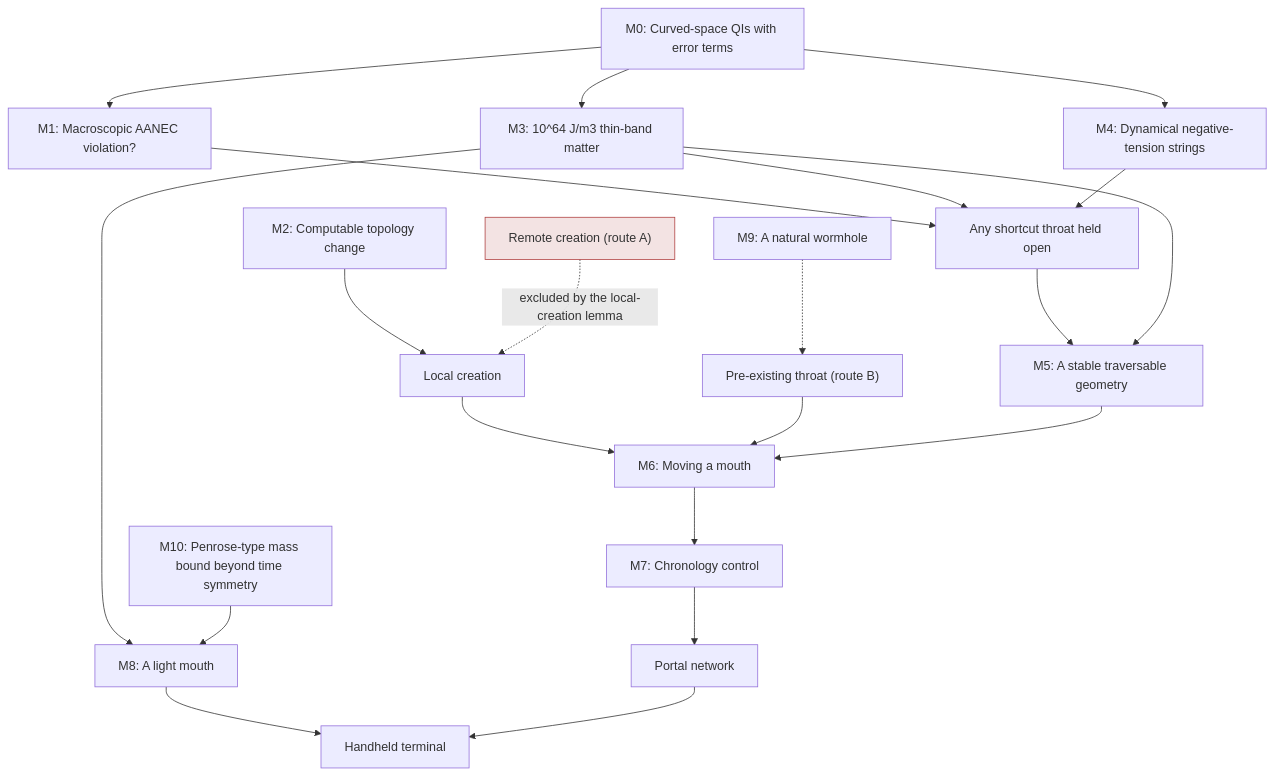
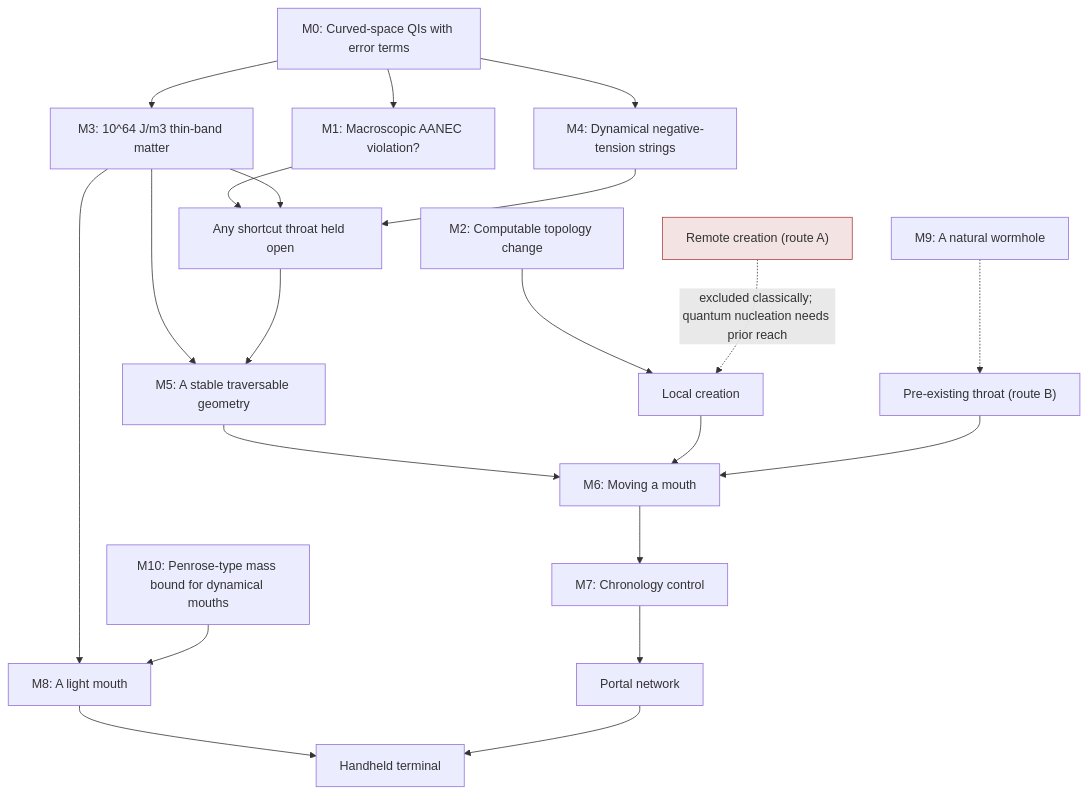
The diagram in research/portal-gun/phase2/report/D6-milestone-programme.md (JustAdev742/codespace), drawn with Mermaid before and after one commit. The commit also changed other lines of this file and 11 other files, not shown here.

````diff
--- a/research/portal-gun/phase2/report/D6-milestone-programme.md
+++ b/research/portal-gun/phase2/report/D6-milestone-programme.md
@@ -10,36 +10,36 @@
 ```mermaid
 flowchart TD
   M0["M0: Curved-space QIs with error terms"]
   M1["M1: Macroscopic AANEC violation?"]
   M2["M2: Computable topology change"]
   M3["M3: 10^64 J/m3 thin-band matter"]
   M4["M4: Dynamical negative-tension strings"]
   M5["M5: A stable traversable geometry"]
   M6["M6: Moving a mouth"]
   M7["M7: Chronology control"]
   M8["M8: A light mouth"]
   M9["M9: A natural wormhole"]
-  M10["M10: Penrose-type mass bound beyond time symmetry"]
+  M10["M10: Penrose-type mass bound for dynamical mouths"]
   M0 --> M1
   M0 --> M3
   M0 --> M4
+  M3 --> M5
+  M5 --> M6
+  M6 --> M7
+  M3 --> M8
+  M10 --> M8
   M1 --> HOLD["Any shortcut throat held open"]
   M3 --> HOLD
   M4 --> HOLD
-  HOLD --> M5
-  M3 --> M5
   M2 --> CREATE["Local creation"]
   M9 -.-> EXIST["Pre-existing throat (route B)"]
   CREATE --> M6
   EXIST --> M6
-  M5 --> M6
-  M6 --> M7
+  HOLD --> M5
   M7 --> NET["Portal network"]
-  M3 --> M8
-  M10 --> M8
   M8 --> HAND["Handheld terminal"]
   NET --> HAND
   REMOTE["Remote creation (route A)"]:::dead
-  REMOTE -. excluded by the local-creation lemma .-> CREATE
+  REMOTE -. excluded classically; quantum nucleation needs prior reach .-> CREATE
   classDef dead fill:#f3e3e3,stroke:#b04040
 ```
````
